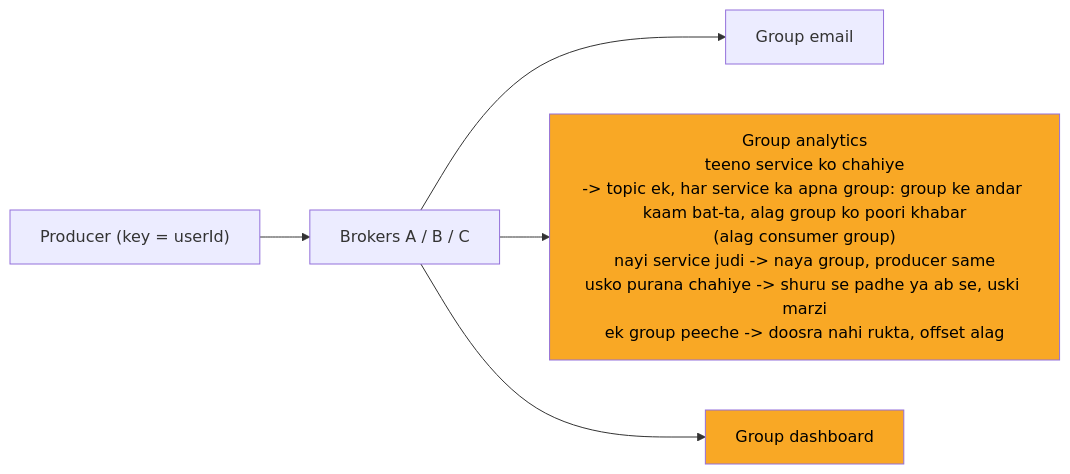
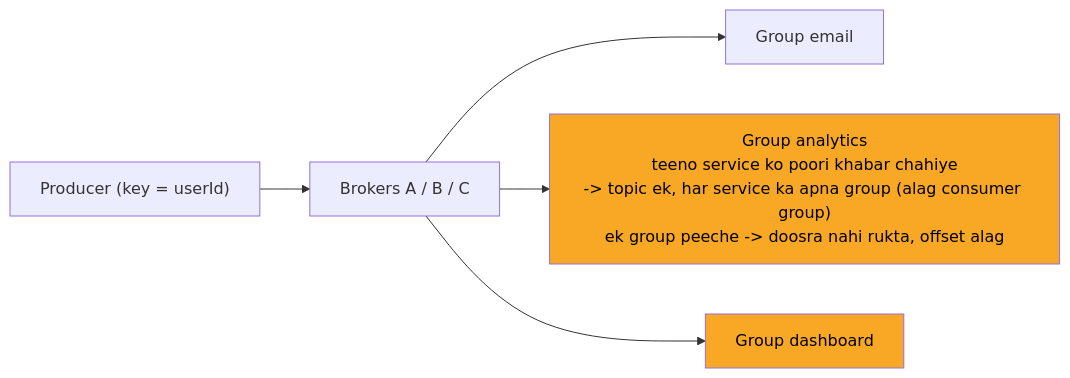
One commit to ArpanMaheshwari144/Prep changed the diagram in 04_HLD/SYSTEM_DESIGNS/12_message_queue_kafka/img/c5.mmd. Above: the diagram before and after it, drawn with Mermaid. The commit also changed 182 other files, not shown here.

```diff
--- a/04_HLD/SYSTEM_DESIGNS/12_message_queue_kafka/img/c5.mmd
+++ b/04_HLD/SYSTEM_DESIGNS/12_message_queue_kafka/img/c5.mmd
@@ -1,13 +1,13 @@
 %%{init: {"flowchart": {"wrappingWidth": 450}}}%%
 flowchart LR
     n_P["Producer (key = userId)"]
     n_B["Brokers A / B / C"]
     n_GE["Group email"]
-    n_GA["Group analytics<br/>teeno service ko chahiye<br/>-> topic ek, har service ka apna group: group ke andar kaam bat-ta, alag group ko poori khabar<br/>(alag consumer group)<br/>nayi service judi -> naya group, producer same<br/>usko purana chahiye -> shuru se padhe ya ab se, uski marzi<br/>ek group peeche -> doosra nahi rukta, offset alag"]
+    n_GA["Group analytics<br/>teeno service ko poori khabar chahiye<br/>-> topic ek, har service ka apna group (alag consumer group)<br/>ek group peeche -> doosra nahi rukta, offset alag"]
     n_GD["Group dashboard"]
     n_P --> n_B
     n_B --> n_GE
     n_B --> n_GA
     n_B --> n_GD
     style n_GA fill:#f9a825,color:#000
     style n_GD fill:#f9a825,color:#000
```
